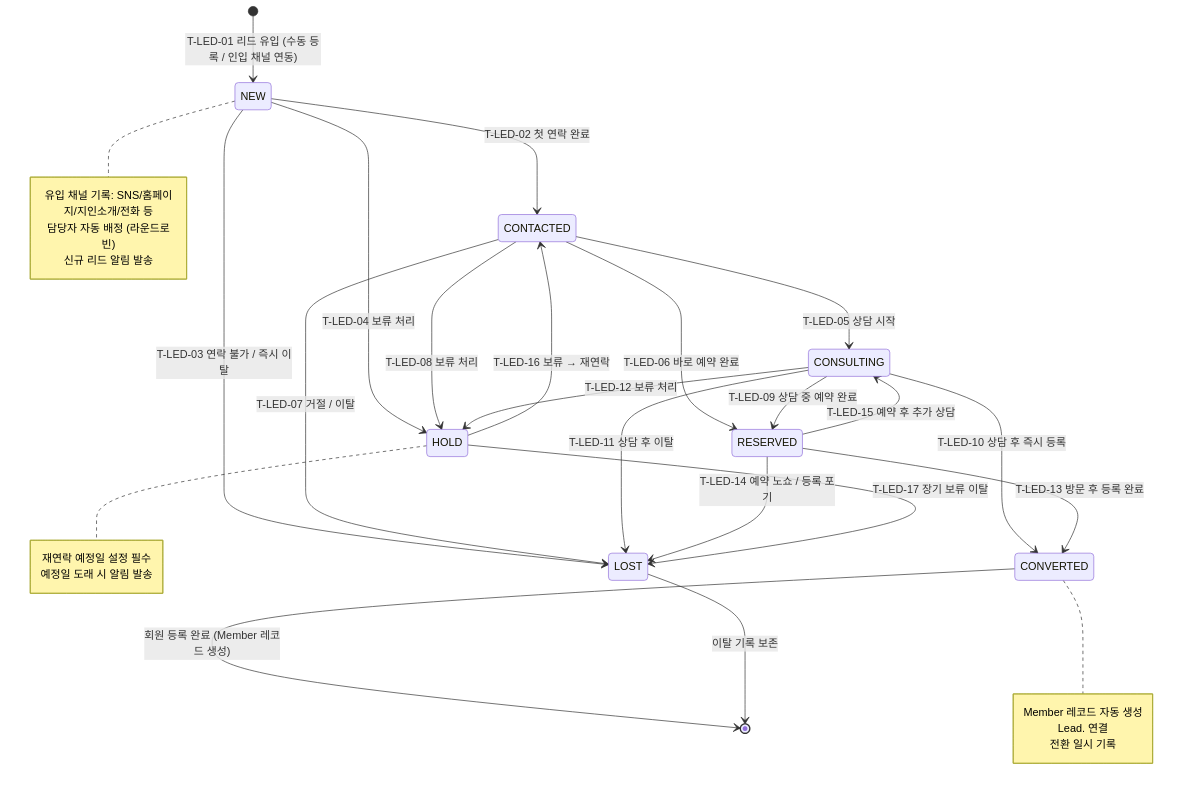
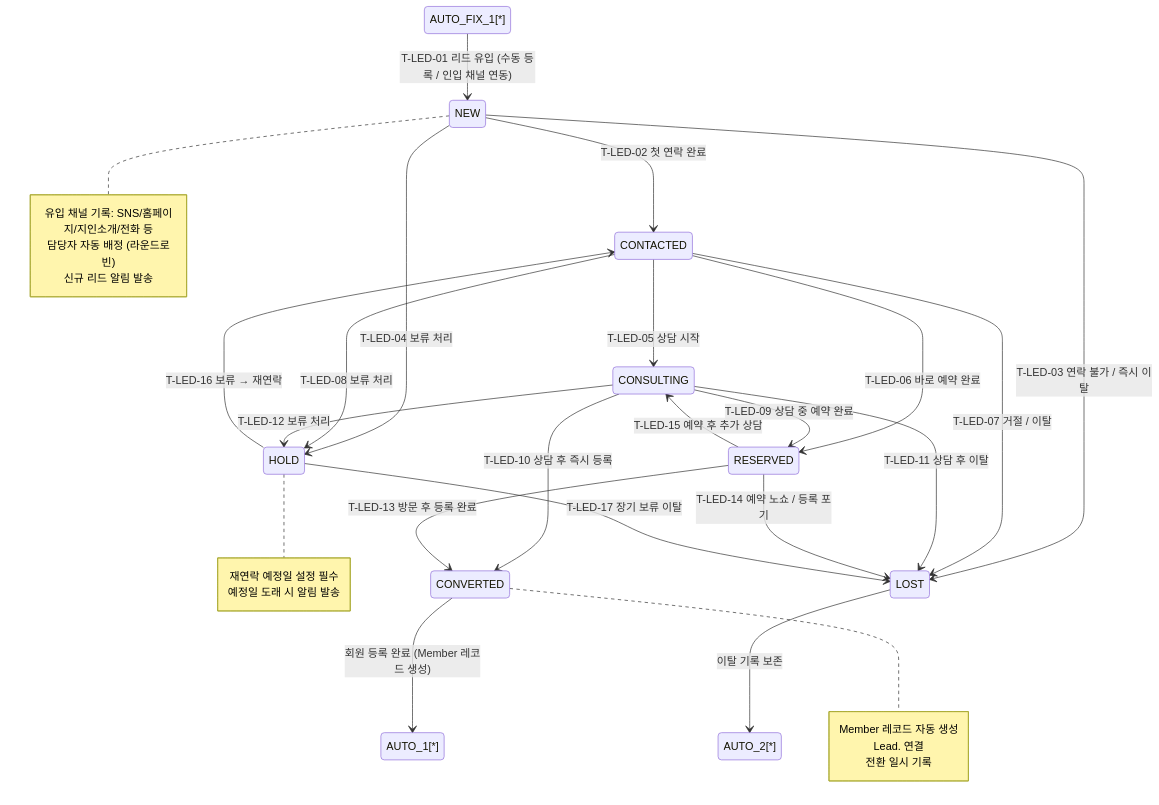
One commit to dev-spogym/admin-pando changed the diagram in docs/admin/다이어그램/20_상태전이도/20-07_LeadStatus.md. Above: the diagram before and after it, drawn with Mermaid. The commit also changed 369 other files, not shown here.

````diff
--- a/docs/admin/다이어그램/20_상태전이도/20-07_LeadStatus.md
+++ b/docs/admin/다이어그램/20_상태전이도/20-07_LeadStatus.md
@@ -34,45 +34,45 @@
 ```mermaid
 stateDiagram-v2
-    [*] --> NEW : T-LED-01 리드 유입 (수동 등록 / 인입 채널 연동)
+    AUTO_FIX_1[*] --> NEW : T-LED-01 리드 유입 (수동 등록 / 인입 채널 연동)
 
     NEW --> CONTACTED : T-LED-02 첫 연락 완료
     NEW --> LOST : T-LED-03 연락 불가 / 즉시 이탈
     NEW --> HOLD : T-LED-04 보류 처리
 
     CONTACTED --> CONSULTING : T-LED-05 상담 시작
     CONTACTED --> RESERVED : T-LED-06 바로 예약 완료
     CONTACTED --> LOST : T-LED-07 거절 / 이탈
     CONTACTED --> HOLD : T-LED-08 보류 처리
 
     CONSULTING --> RESERVED : T-LED-09 상담 중 예약 완료
     CONSULTING --> CONVERTED : T-LED-10 상담 후 즉시 등록
     CONSULTING --> LOST : T-LED-11 상담 후 이탈
     CONSULTING --> HOLD : T-LED-12 보류 처리
 
     RESERVED --> CONVERTED : T-LED-13 방문 후 등록 완료
     RESERVED --> LOST : T-LED-14 예약 노쇼 / 등록 포기
     RESERVED --> CONSULTING : T-LED-15 예약 후 추가 상담
 
     HOLD --> CONTACTED : T-LED-16 보류 → 재연락
     HOLD --> LOST : T-LED-17 장기 보류 이탈
 
-    CONVERTED --> [*] : 회원 등록 완료 (Member 레코드 생성)
-    LOST --> [*] : 이탈 기록 보존
+    CONVERTED --> AUTO_1[*] : 회원 등록 완료 (Member 레코드 생성)
+    LOST --> AUTO_2[*] : 이탈 기록 보존
 
     note right of NEW
         유입 채널 기록: SNS/홈페이지/지인소개/전화 등
         담당자 자동 배정 (라운드로빈)
         신규 리드 알림 발송
     end note
 
     note right of CONVERTED
         Member 레코드 자동 생성
         Lead. 연결
         전환 일시 기록
     end note
 
     note right of HOLD
         재연락 예정일 설정 필수
         예정일 도래 시 알림 발송
     end note
 ```
````
